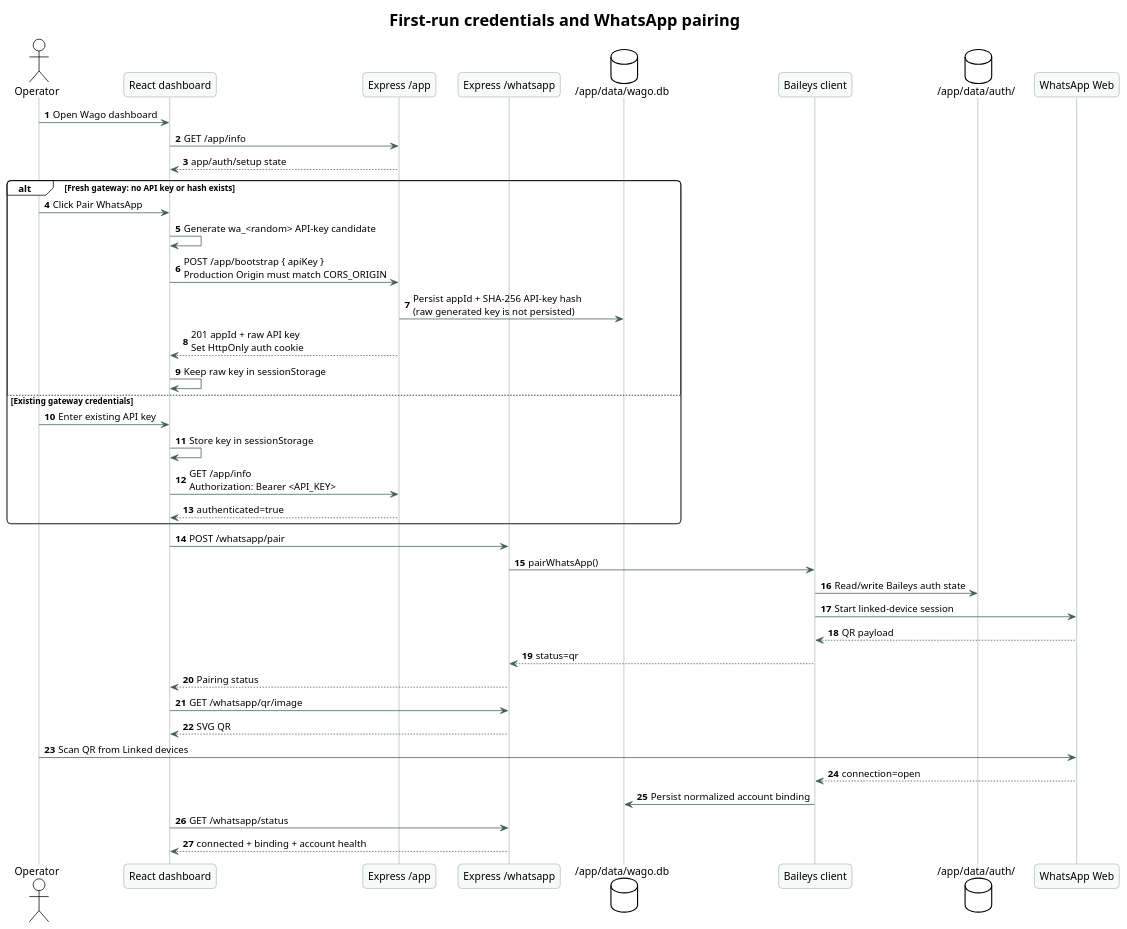
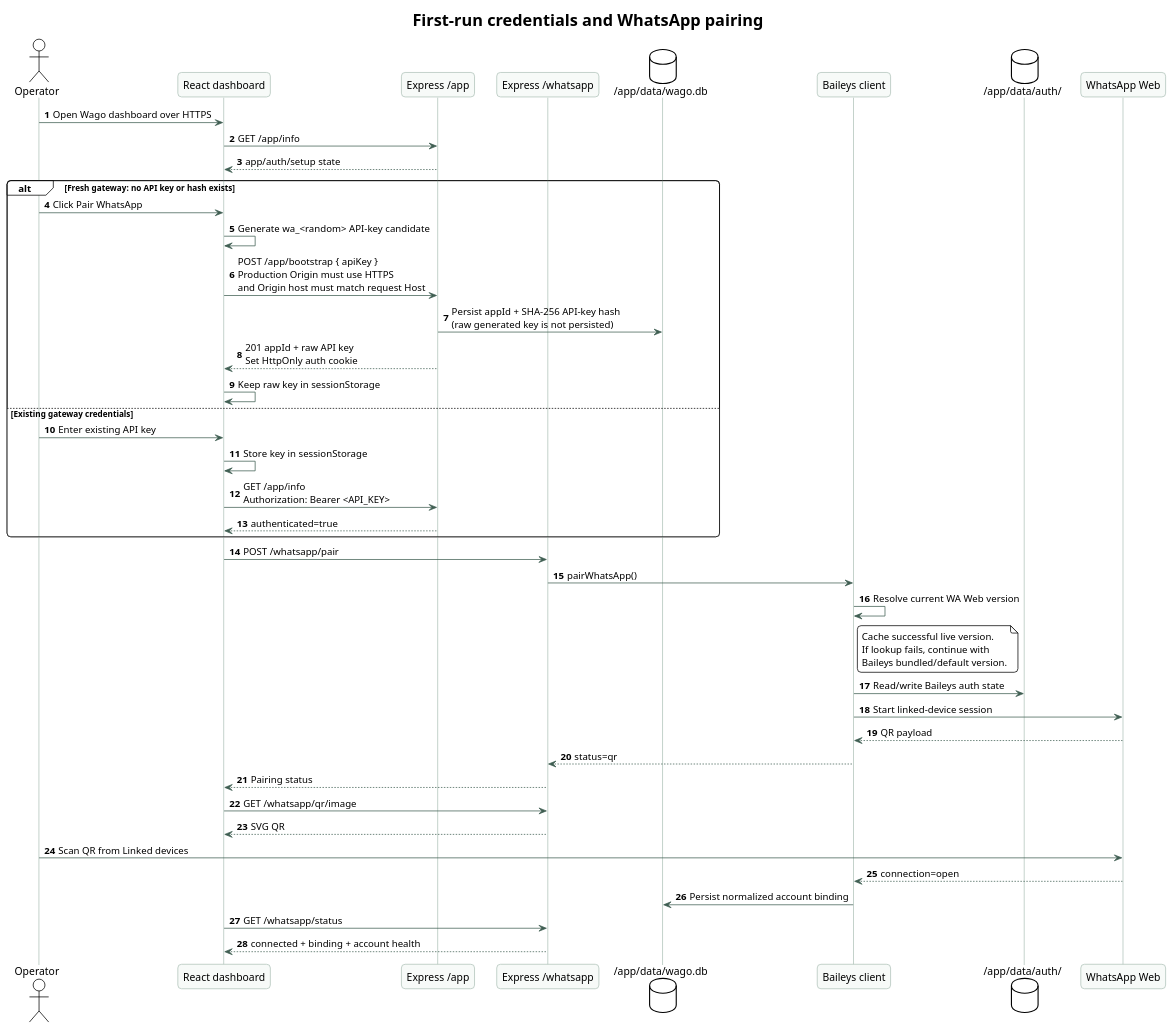
The diagram in docs/diagrams/bootstrap-pairing-flow.puml (howlil/wago), drawn with PlantUML before and after one commit. The commit also changed 16 other files, not shown here.

```diff
--- a/docs/diagrams/bootstrap-pairing-flow.puml
+++ b/docs/diagrams/bootstrap-pairing-flow.puml
@@ -1,57 +1,63 @@
 @startuml
 !theme plain
 skinparam backgroundColor #FFFFFF
 skinparam shadowing false
 skinparam roundcorner 10
 skinparam defaultFontName sans-serif
 skinparam ArrowColor #3F5E52
 skinparam ParticipantBorderColor #AFC2B9
 skinparam ParticipantBackgroundColor #F7FAF8
 skinparam SequenceLifeLineBorderColor #AFC2B9
 skinparam SequenceLifeLineBackgroundColor #F7FAF8
 
 title First-run credentials and WhatsApp pairing
 
 autonumber
 actor Operator
 participant "React dashboard" as UI
 participant "Express /app" as App
 participant "Express /whatsapp" as WaRoutes
 database "/app/data/wago.db" as Database
 participant "Baileys client" as Baileys
 database "/app/data/auth/" as Auth
 participant "WhatsApp Web" as WhatsApp
 
-Operator -> UI : Open Wago dashboard
+Operator -> UI : Open Wago dashboard over HTTPS
 UI -> App : GET /app/info
 App --> UI : app/auth/setup state
 
 alt Fresh gateway: no API key or hash exists
   Operator -> UI : Click Pair WhatsApp
   UI -> UI : Generate wa_<random> API-key candidate
-  UI -> App : POST /app/bootstrap { apiKey }\nProduction Origin must match CORS_ORIGIN
+  UI -> App : POST /app/bootstrap { apiKey }\nProduction Origin must use HTTPS\nand Origin host must match request Host
   App -> Database : Persist appId + SHA-256 API-key hash\n(raw generated key is not persisted)
   App --> UI : 201 appId + raw API key\nSet HttpOnly auth cookie
   UI -> UI : Keep raw key in sessionStorage
 else Existing gateway credentials
   Operator -> UI : Enter existing API key
   UI -> UI : Store key in sessionStorage
   UI -> App : GET /app/info\nAuthorization: Bearer <API_KEY>
   App --> UI : authenticated=true
 end
 
 UI -> WaRoutes : POST /whatsapp/pair
 WaRoutes -> Baileys : pairWhatsApp()
+Baileys -> Baileys : Resolve current WA Web version
+note right of Baileys
+  Cache successful live version.
+  If lookup fails, continue with
+  Baileys bundled/default version.
+end note
 Baileys -> Auth : Read/write Baileys auth state
 Baileys -> WhatsApp : Start linked-device session
 WhatsApp --> Baileys : QR payload
 Baileys --> WaRoutes : status=qr
 WaRoutes --> UI : Pairing status
 UI -> WaRoutes : GET /whatsapp/qr/image
 WaRoutes --> UI : SVG QR
 Operator -> WhatsApp : Scan QR from Linked devices
 WhatsApp --> Baileys : connection=open
 Baileys -> Database : Persist normalized account binding
 UI -> WaRoutes : GET /whatsapp/status
 WaRoutes --> UI : connected + binding + account health
 @enduml
```
